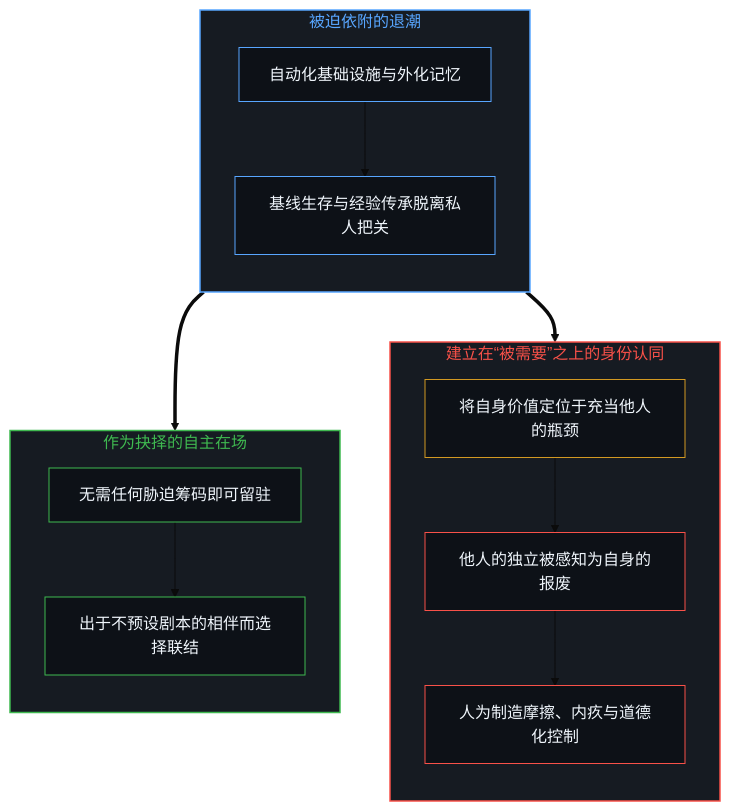
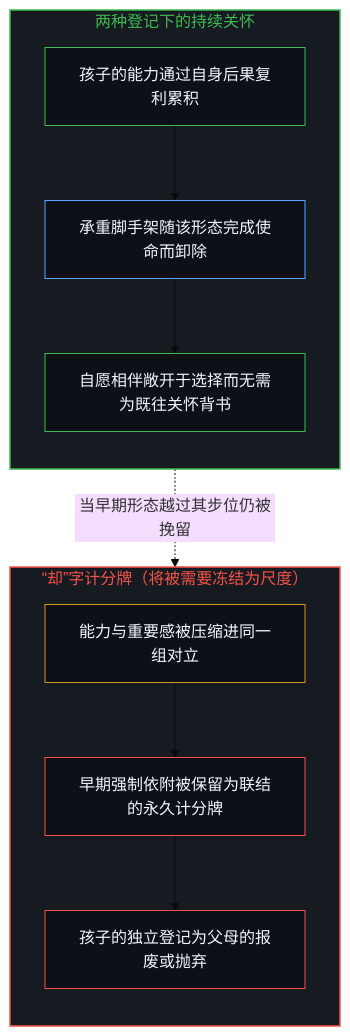
One commit to powerpig99/not-a-toe changed the first of 2 diagrams in content/posts/when-need-stops-being-the-measure.md. Above: the diagram before and after it, drawn with Mermaid (base theme). The commit also changed other lines of this file, not shown here.

````diff
--- a/content/posts/when-need-stops-being-the-measure.md
+++ b/content/posts/when-need-stops-being-the-measure.md
@@ -31,34 +49,26 @@
 ```mermaid
 flowchart TD
-    subgraph S_Shift["被迫依附的退潮"]
+    subgraph S_Care["两种登记下的持续关怀"]
         direction TB
-        N1["自动化基础设施与外化记忆"]
-        N2["基线生存与经验传承脱离私人把关"]
-        N1 --> N2
+        C1["孩子的能力通过自身后果复利累积"]
+        C2["承重脚手架随该形态完成使命而卸除"]
+        C3["自愿相伴敞开于选择而无需为既往关怀背书"]
+        C1 --> C2 --> C3
     end
-    subgraph S_Bottleneck["建立在“被需要”之上的身份认同"]
+    subgraph S_Cut["“却”字计分牌（将被需要冻结为尺度）"]
         direction TB
-        B1["将自身价值定位于充当他人的瓶颈"]
-        B2["他人的独立被感知为自身的报废"]
-        B3["人为制造摩擦、内疚与道德化控制"]
-        B1 --> B2 --> B3
+        F1["能力与重要感被压缩进同一组对立"]
+        F2["早期强制依附被保留为联结的永久计分牌"]
+        F3["孩子的独立登记为父母的报废或抛弃"]
+        F1 --> F2 --> F3
     end
-    subgraph S_Presence["作为抉择的自主在场"]
-        direction TB
-        P1["无需任何胁迫筹码即可留驻"]
-        P2["出于不预设剧本的相伴而选择联结"]
-        P1 --> P2
-    end
-    N2 ==> B1
-    N2 ==> P1
-    style S_Shift fill:#161b22,stroke:#58a6ff,stroke-width:1.5px,color:#58a6ff
-    style S_Bottleneck fill:#161b22,stroke:#f85149,stroke-width:1.5px,color:#f85149
-    style S_Presence fill:#161b22,stroke:#3fb950,stroke-width:1.5px,color:#3fb950
-    style N1 fill:#0d1117,stroke:#58a6ff,stroke-width:1px,color:#f0f6fc
-    style N2 fill:#0d1117,stroke:#58a6ff,stroke-width:1px,color:#f0f6fc
-    style B1 fill:#0d1117,stroke:#d29922,stroke-width:1px,color:#f0f6fc
-    style B2 fill:#0d1117,stroke:#f85149,stroke-width:1px,color:#f0f6fc
-    style B3 fill:#0d1117,stroke:#f85149,stroke-width:1px,color:#f0f6fc
-    style P1 fill:#0d1117,stroke:#3fb950,stroke-width:1px,color:#f0f6fc
-    style P2 fill:#0d1117,stroke:#3fb950,stroke-width:1px,color:#f0f6fc
+    C2 -.->|"当早期形态越过其步位仍被挽留"| F1
+    style S_Care fill:#161b22,stroke:#3fb950,stroke-width:1.5px,color:#3fb950
+    style S_Cut fill:#161b22,stroke:#f85149,stroke-width:1.5px,color:#f85149
+    style C1 fill:#0d1117,stroke:#3fb950,stroke-width:1px,color:#f0f6fc
+    style C2 fill:#0d1117,stroke:#58a6ff,stroke-width:1px,color:#f0f6fc
+    style C3 fill:#0d1117,stroke:#3fb950,stroke-width:1px,color:#f0f6fc
+    style F1 fill:#0d1117,stroke:#d29922,stroke-width:1px,color:#f0f6fc
+    style F2 fill:#0d1117,stroke:#f85149,stroke-width:1px,color:#f0f6fc
+    style F3 fill:#0d1117,stroke:#f85149,stroke-width:1px,color:#f0f6fc
 ```
````
